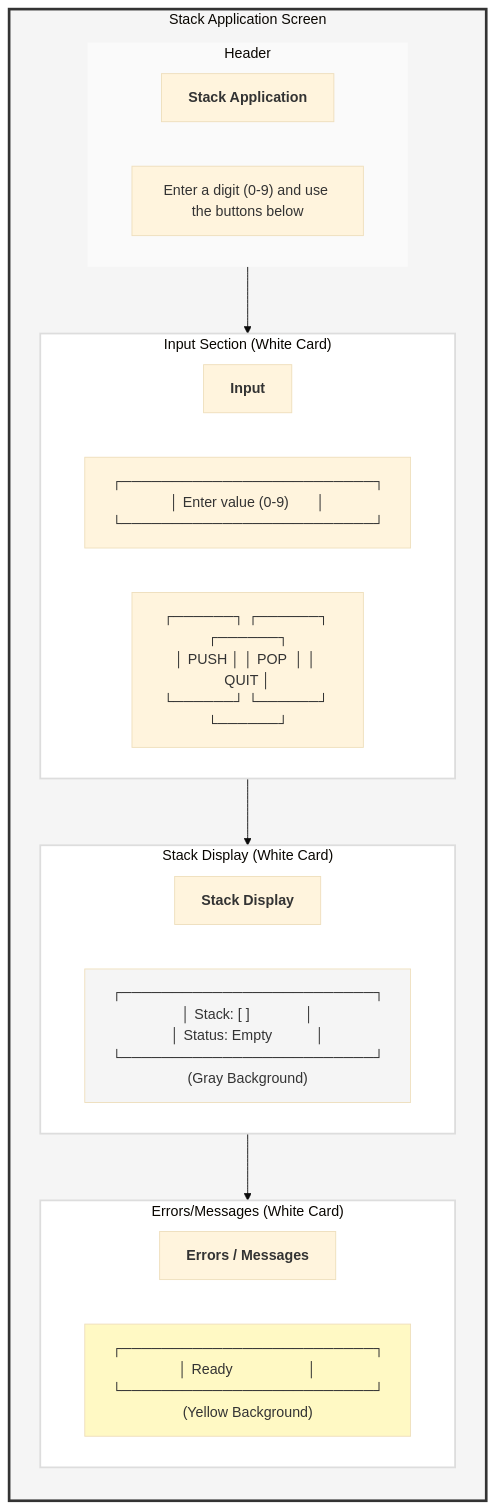
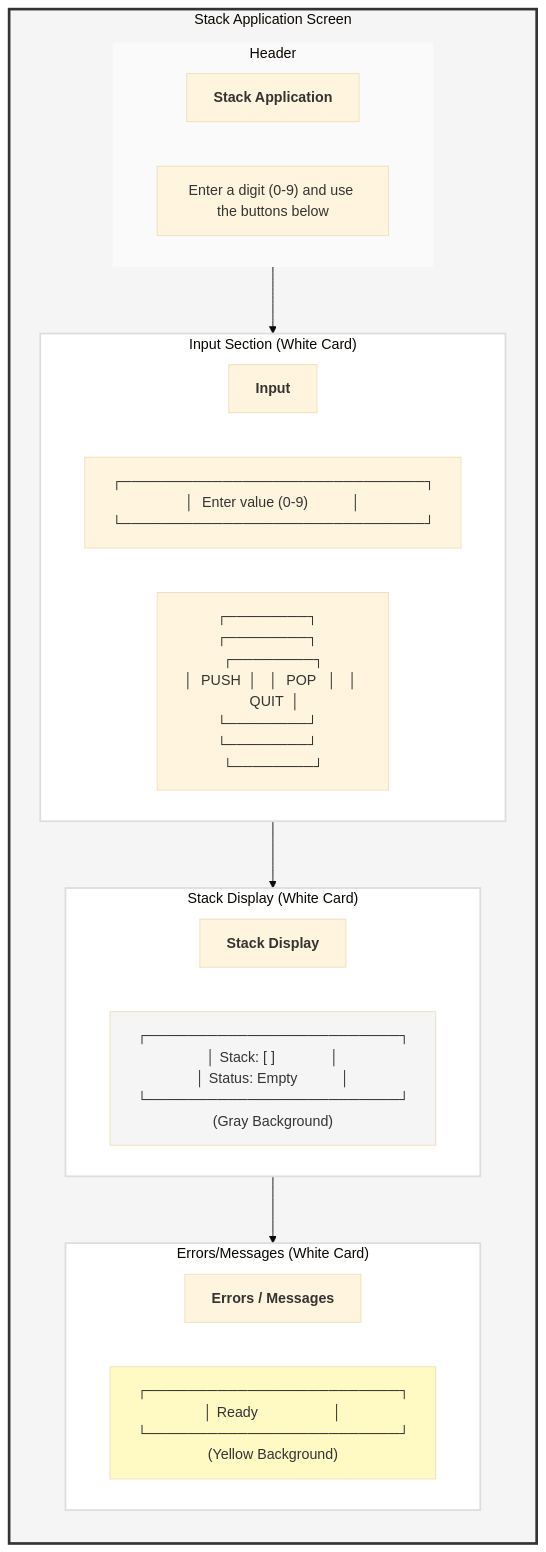
One commit to LemonmadeDesigns/StackApp changed the third of 3 diagrams in README.md. Above: the diagram before and after it, drawn with Mermaid (base theme).

Commit message:
Fix button wireframe layout - show PUSH, POP, QUIT buttons side-by-side

````diff
--- a/README.md
+++ b/README.md
@@ -1263,39 +1263,39 @@
 ```mermaid
 flowchart TB
     subgraph UI["Stack Application Screen"]
         direction TB
 
         subgraph Header["Header"]
             Title["<b>Stack Application</b>"]
             Hint["Enter a digit (0-9) and use the buttons below"]
         end
 
         subgraph Input["Input Section (White Card)"]
             Label1["<b>Input</b>"]
-            TextField["┌─────────────────────────┐<br/>│ Enter value (0-9)       │<br/>└─────────────────────────┘"]
-            Buttons["┌──────┐ ┌──────┐ ┌──────┐<br/>│ PUSH │ │ POP  │ │ QUIT │<br/>└──────┘ └──────┘ └──────┘"]
+            TextField["┌──────────────────────────────┐<br/>│  Enter value (0-9)           │<br/>└──────────────────────────────┘"]
+            Buttons["┌────────┐   ┌────────┐   ┌────────┐<br/>│  PUSH  │   │  POP   │   │  QUIT  │<br/>└────────┘   └────────┘   └────────┘"]
         end
 
         subgraph Display["Stack Display (White Card)"]
             Label2["<b>Stack Display</b>"]
             StackText["┌─────────────────────────┐<br/>│ Stack: [ ]              │<br/>│ Status: Empty           │<br/>└─────────────────────────┘<br/>(Gray Background)"]
         end
 
         subgraph Messages["Errors/Messages (White Card)"]
             Label3["<b>Errors / Messages</b>"]
             ErrorText["┌─────────────────────────┐<br/>│ Ready                   │<br/>└─────────────────────────┘<br/>(Yellow Background)"]
         end
     end
 
     Header --> Input
     Input --> Display
     Display --> Messages
 
     style UI fill:#F5F5F5,stroke:#333,stroke-width:3px
     style Header fill:#FAFAFA,stroke:none
     style Input fill:#FFF,stroke:#DDD,stroke-width:2px
     style Display fill:#FFF,stroke:#DDD,stroke-width:2px
     style Messages fill:#FFF,stroke:#DDD,stroke-width:2px
     style StackText fill:#F5F5F5
     style ErrorText fill:#FFF9C4
 ```
````
